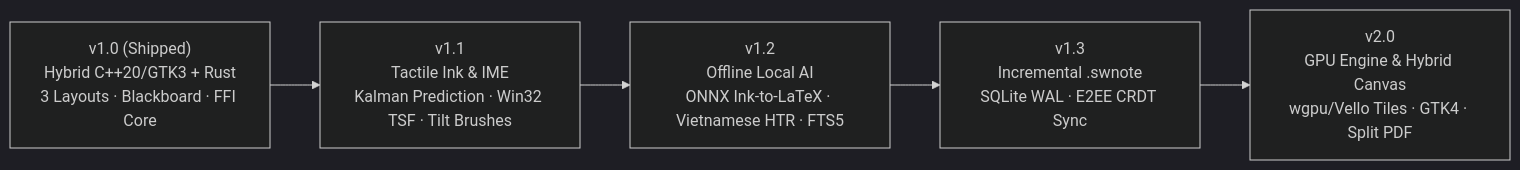
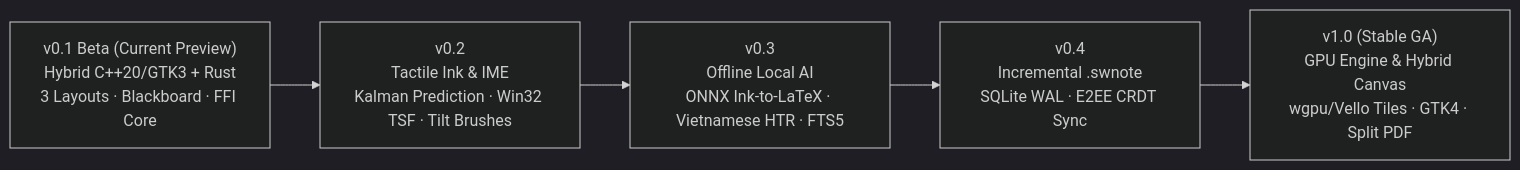
Before and after one commit to nguyennguyenplus-source/swiftnote-ink: the diagram in docs/ROADMAP.md, drawn with Mermaid (dark theme). The commit also changed other lines of this file and 6 other files, not shown here.

Commit message:
chore(release): align SemVer to v0.1.0-beta.1 public preview and v0.2->v1.0 roadmap

````diff
--- a/docs/ROADMAP.md
+++ b/docs/ROADMAP.md
@@ -53,10 +53,10 @@
 ```mermaid
 flowchart LR
-    V10["v1.0 (Shipped)\nHybrid C++20/GTK3 + Rust\n3 Layouts · Blackboard · FFI Core"]
-    V11["v1.1\nTactile Ink & IME\nKalman Prediction · Win32 TSF · Tilt Brushes"]
-    V12["v1.2\nOffline Local AI\nONNX Ink-to-LaTeX · Vietnamese HTR · FTS5"]
-    V13["v1.3\nIncremental .swnote\nSQLite WAL · E2EE CRDT Sync"]
-    V20["v2.0\nGPU Engine & Hybrid Canvas\nwgpu/Vello Tiles · GTK4 · Split PDF"]
+    V01["v0.1 Beta (Current Preview)\nHybrid C++20/GTK3 + Rust\n3 Layouts · Blackboard · FFI Core"]
+    V02["v0.2\nTactile Ink & IME\nKalman Prediction · Win32 TSF · Tilt Brushes"]
+    V03["v0.3\nOffline Local AI\nONNX Ink-to-LaTeX · Vietnamese HTR · FTS5"]
+    V04["v0.4\nIncremental .swnote\nSQLite WAL · E2EE CRDT Sync"]
+    V10["v1.0 (Stable GA)\nGPU Engine & Hybrid Canvas\nwgpu/Vello Tiles · GTK4 · Split PDF"]
 
-    V10 --> V11 --> V12 --> V13 --> V20
+    V01 --> V02 --> V03 --> V04 --> V10
 ```
````
